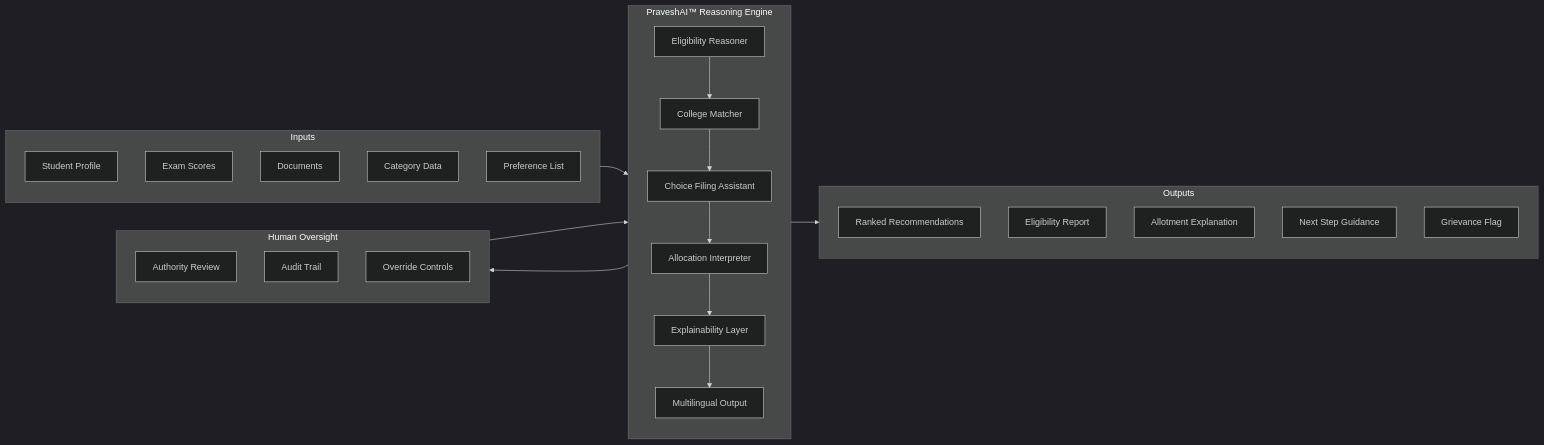
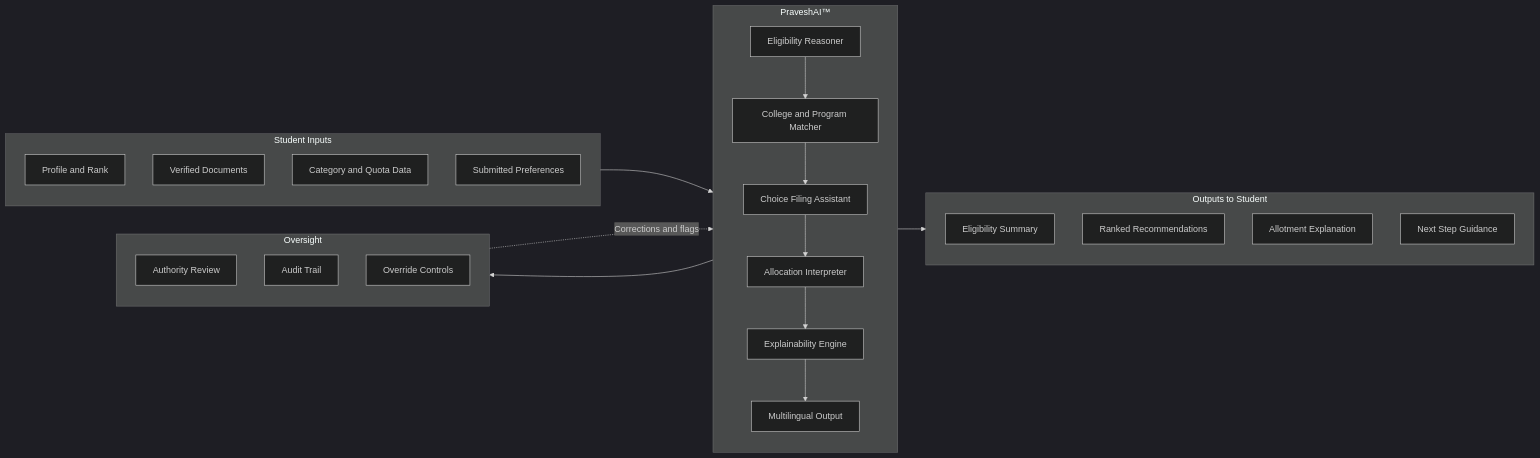
One commit to aashrutsharma2/docs changed the second of 2 diagrams in foundation.mdx. Above: the diagram before and after it, drawn with Mermaid (dark theme). The commit also changed other lines of this file, not shown here.

````diff
--- a/foundation.mdx
+++ b/foundation.mdx
@@ -122,37 +115,35 @@
 ```mermaid
 flowchart LR
-    subgraph INPUT ["Inputs"]
-        I1[Student Profile]
-        I2[Exam Scores]
-        I3[Documents]
-        I4[Category Data]
-        I5[Preference List]
+    subgraph IN ["Student Inputs"]
+        I1[Profile and Rank]
+        I2[Verified Documents]
+        I3[Category and Quota Data]
+        I4[Submitted Preferences]
     end
 
-    subgraph PRAVESH ["PraveshAI™ Reasoning Engine"]
-        P1[Eligibility Reasoner] --> P2[College Matcher]
+    subgraph PA ["PraveshAI™"]
+        P1[Eligibility Reasoner] --> P2[College and Program Matcher]
         P2 --> P3[Choice Filing Assistant]
         P3 --> P4[Allocation Interpreter]
-        P4 --> P5[Explainability Layer]
+        P4 --> P5[Explainability Engine]
         P5 --> P6[Multilingual Output]
     end
 
-    subgraph OUTPUT ["Outputs"]
-        O1[Ranked Recommendations]
-        O2[Eligibility Report]
+    subgraph OUT ["Outputs to Student"]
+        O1[Eligibility Summary]
+        O2[Ranked Recommendations]
         O3[Allotment Explanation]
         O4[Next Step Guidance]
-        O5[Grievance Flag]
     end
 
-    subgraph OVERSIGHT ["Human Oversight"]
+    subgraph OV ["Oversight"]
         H1[Authority Review]
         H2[Audit Trail]
         H3[Override Controls]
     end
 
-    INPUT --> PRAVESH
-    PRAVESH --> OUTPUT
-    PRAVESH --> OVERSIGHT
-    OVERSIGHT --> PRAVESH
+    IN --> PA
+    PA --> OUT
+    PA --> OV
+    OV -.->|Corrections and flags| PA
 ```
````
